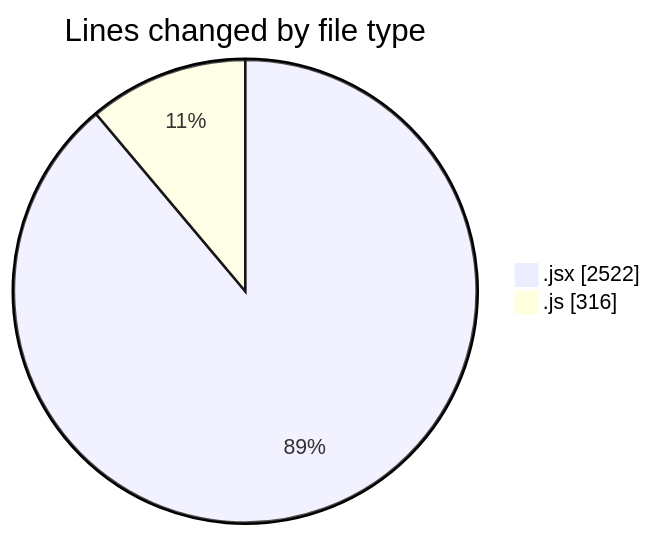
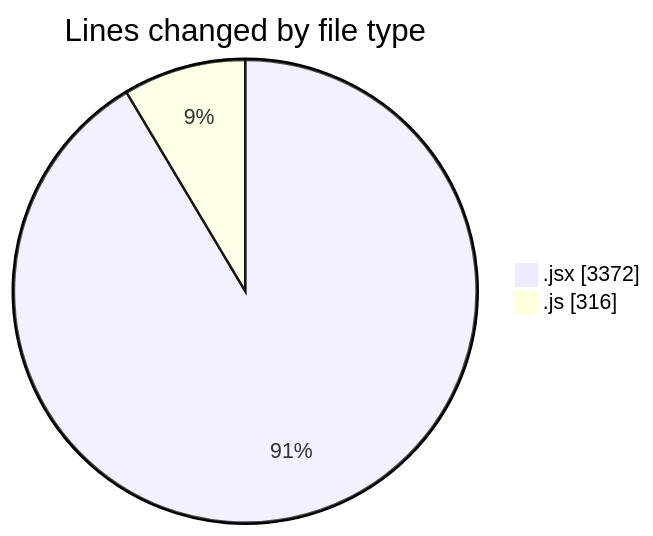
Before and after one commit to nxtqubesakshisongat/code-tracking: the first of 2 diagrams in 2025-07-13/argos/README.md, drawn with Mermaid. The commit also changed other lines of this file and 1 other file, not shown here.

````diff
--- a/2025-07-13/argos/README.md
+++ b/2025-07-13/argos/README.md
@@ -21,6 +22,6 @@
 ```mermaid
 pie showData
 title Lines changed by file type
-".jsx" : 2522
+".jsx" : 3372
 ".js" : 316
 ```
````
